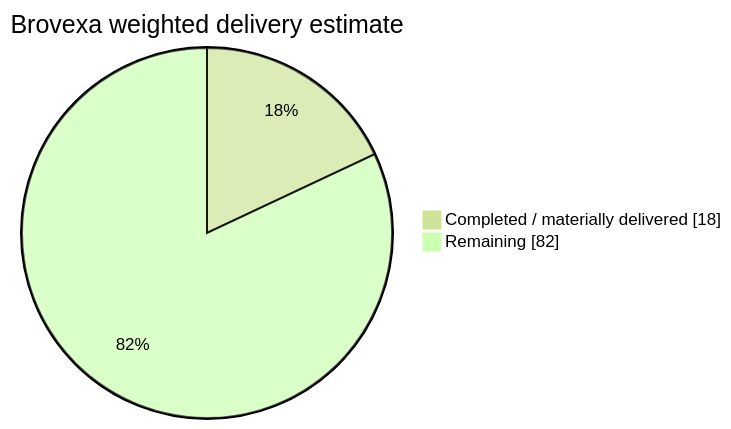
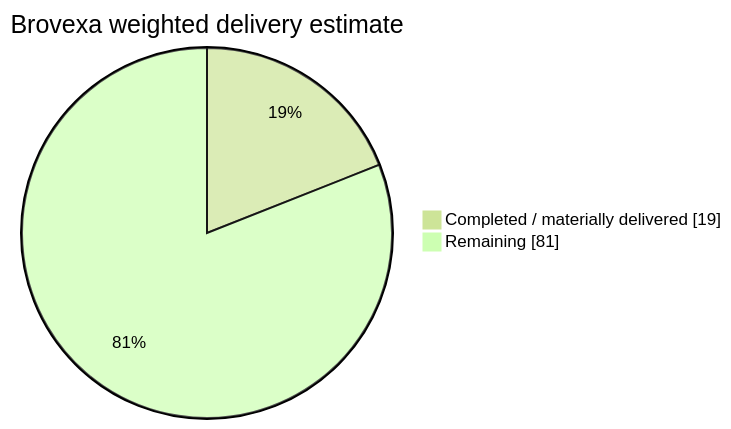
One commit to Vertex-Systems-Network/brovexa changed the diagram in README.md. Above: the diagram before and after it, drawn with Mermaid (forest theme). The commit also changed other lines of this file, not shown here.

````diff
--- a/README.md
+++ b/README.md
@@ -17,6 +17,6 @@
 ```mermaid
 pie showData
     title Brovexa weighted delivery estimate
-    "Completed / materially delivered" : 18
-    "Remaining" : 82
+    "Completed / materially delivered" : 19
+    "Remaining" : 81
 ```
````
